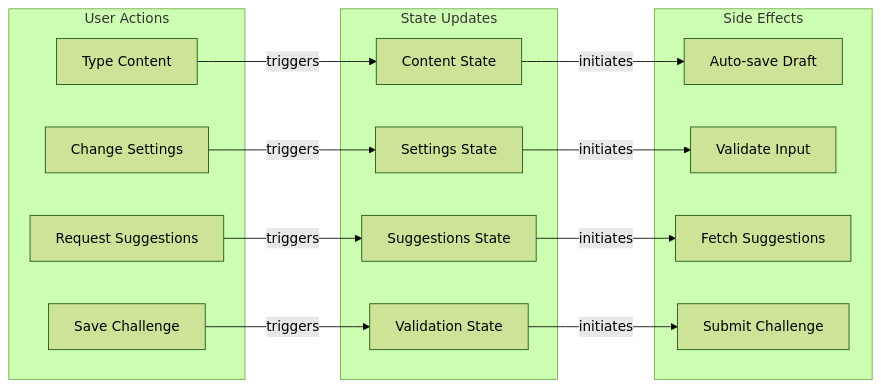
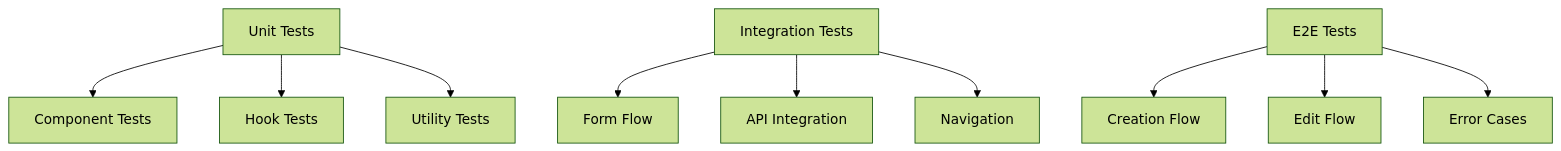
The first of 2 diagrams in components/dashboard/challenge-generator/DOCUMENTATION.md (julesmeister/testmanship_old), drawn with Mermaid (forest theme) before and after one commit. The commit also changed other lines of this file and 5 other files, not shown here.

````diff
--- a/components/dashboard/challenge-generator/DOCUMENTATION.md
+++ b/components/dashboard/challenge-generator/DOCUMENTATION.md
@@ -123,33 +207,22 @@
 ```mermaid
-graph LR
-    subgraph "User Actions"
-        A1[Type Content]
-        A2[Change Settings]
-        A3[Request Suggestions]
-        A4[Save Challenge]
-    end
+graph TD
+    A[Unit Tests]
+    B[Integration Tests]
+    C[E2E Tests]
     
-    subgraph "State Updates"
-        B1[Content State]
-        B2[Settings State]
-        B3[Suggestions State]
-        B4[Validation State]
-    end
+    A1[Component Tests]
+    A2[Hook Tests]
+    A3[Utility Tests]
     
-    subgraph "Side Effects"
-        C1[Auto-save Draft]
-        C2[Validate Input]
-        C3[Fetch Suggestions]
-        C4[Submit Challenge]
-    end
+    B1[Form Flow]
+    B2[API Integration]
+    B3[Navigation]
     
-    A1 -->|triggers| B1
-    A2 -->|triggers| B2
-    A3 -->|triggers| B3
-    A4 -->|triggers| B4
+    C1[Creation Flow]
+    C2[Edit Flow]
+    C3[Error Cases]
     
-    B1 -->|initiates| C1
-    B2 -->|initiates| C2
-    B3 -->|initiates| C3
-    B4 -->|initiates| C4
+    A --> A1 & A2 & A3
+    B --> B1 & B2 & B3
+    C --> C1 & C2 & C3
 ```
````
